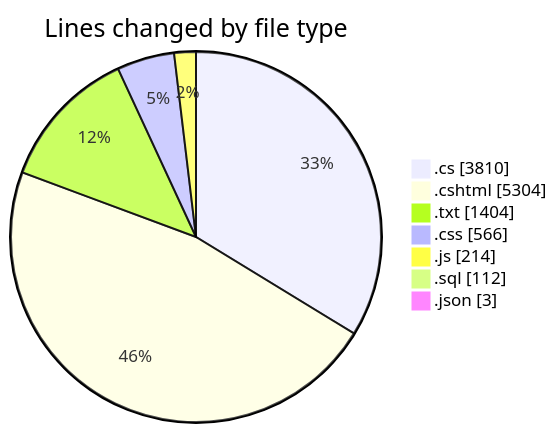
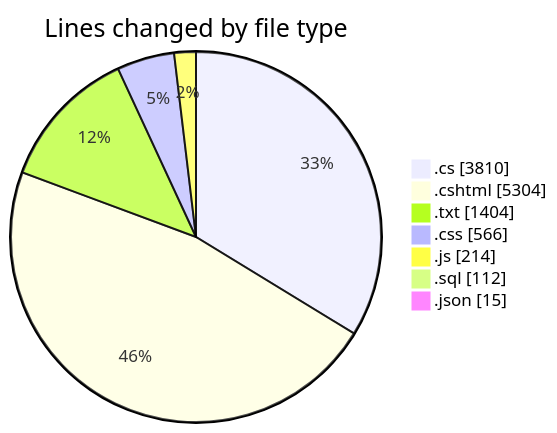
One commit to lephambinh05/code-tracking changed the first of 2 diagrams in 2025-07-28/quanlyrapchieuphim-1/README.md. Above: the diagram before and after it, drawn with Mermaid. The commit also changed other lines of this file and 1 other file, not shown here.

````diff
--- a/2025-07-28/quanlyrapchieuphim-1/README.md
+++ b/2025-07-28/quanlyrapchieuphim-1/README.md
@@ -49,11 +49,11 @@
 ```mermaid
 pie showData
 title Lines changed by file type
 ".cs" : 3810
 ".cshtml" : 5304
 ".txt" : 1404
 ".css" : 566
 ".js" : 214
 ".sql" : 112
-".json" : 3
+".json" : 15
 ```
````
